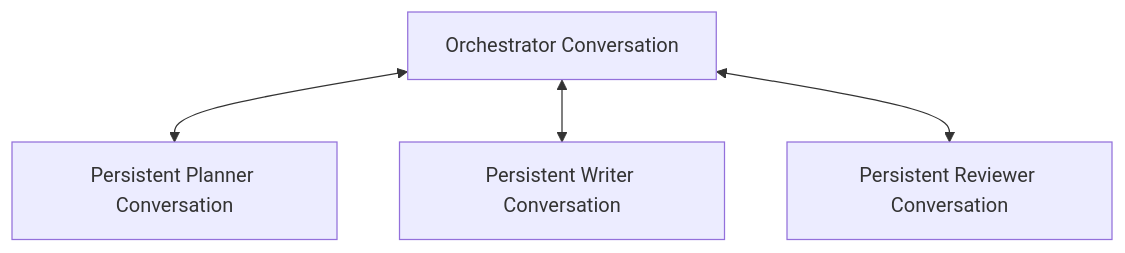
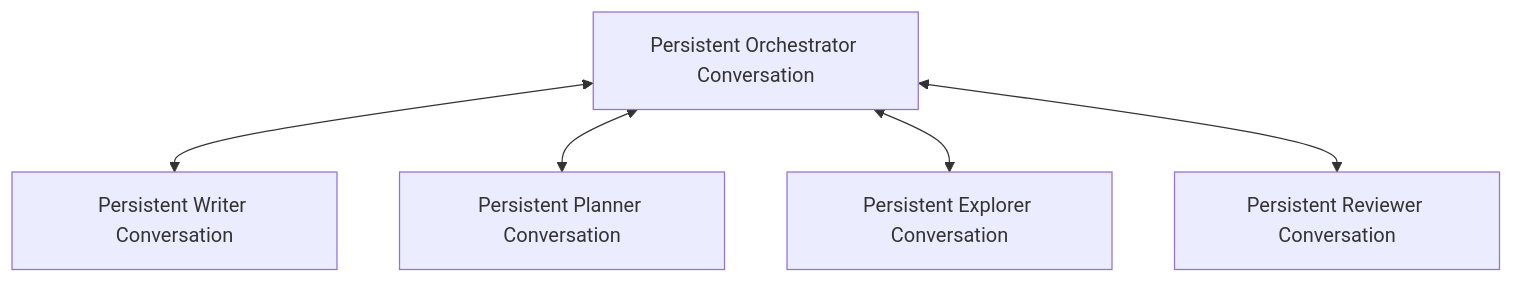
The second of 3 diagrams in docs/agent-orchestration.md (fanghuarunbalala/nova-writing), drawn with Mermaid before and after one commit. The commit also changed other lines of this file and 2 other files, not shown here.

Commit message:
docs: finalize agent team architecture

````diff
--- a/docs/agent-orchestration.md
+++ b/docs/agent-orchestration.md
@@ -174,11 +398,13 @@
 ```mermaid
 flowchart TB
-    Orchestrator["Orchestrator Conversation"]
+    Orchestrator["Persistent Orchestrator Conversation"]
+    Writer["Persistent Writer Conversation"]
     Planner["Persistent Planner Conversation"]
-    Writer["Persistent Writer Conversation"]
+    Explorer["Persistent Explorer Conversation"]
     Reviewer["Persistent Reviewer Conversation"]
 
+    Orchestrator <--> Writer
     Orchestrator <--> Planner
-    Orchestrator <--> Writer
+    Orchestrator <--> Explorer
     Orchestrator <--> Reviewer
 ```
````
